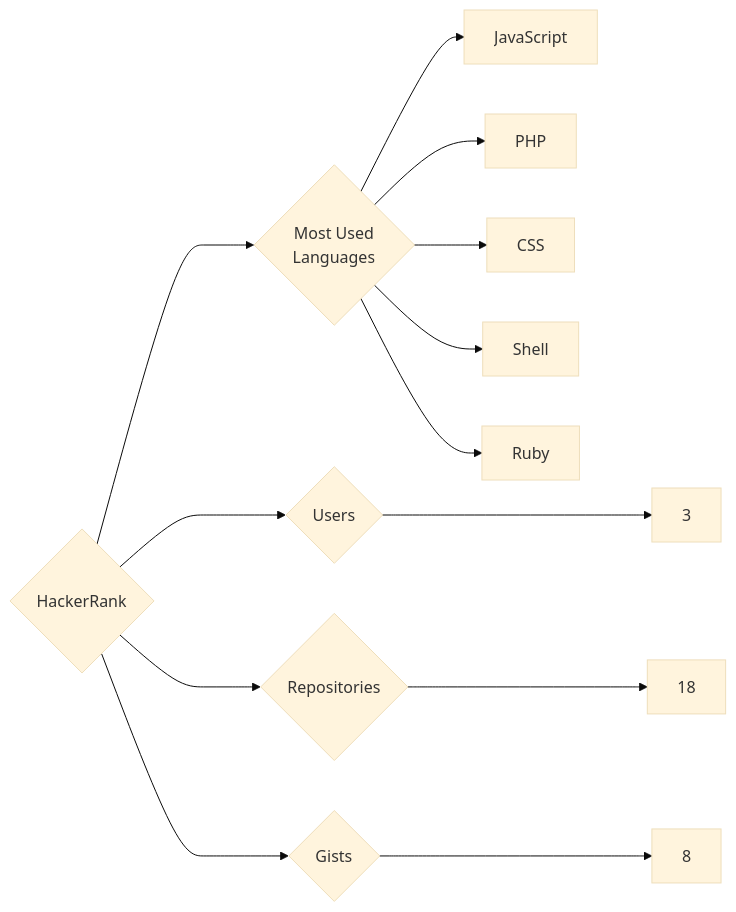
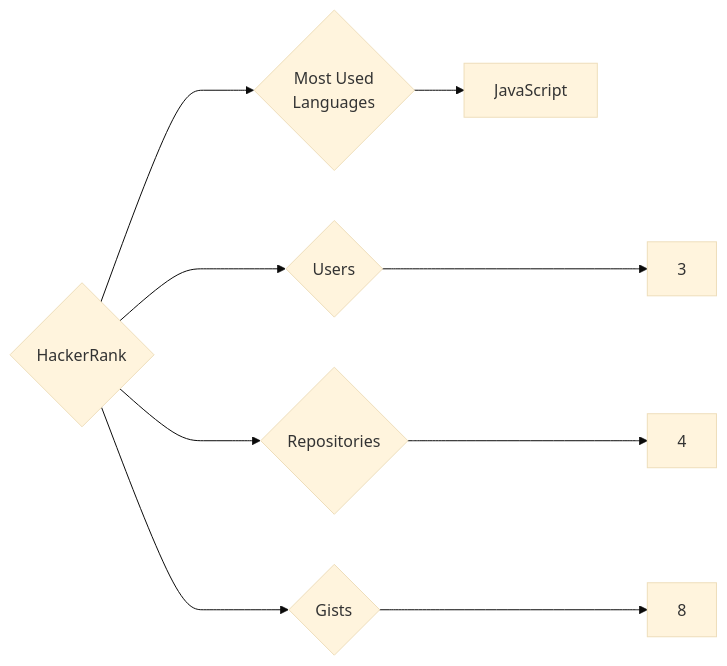
The diagram in targets/HackerRank/README.md (trickest/insiders), drawn with Mermaid (base theme) before and after one commit. The commit also changed 657 other files, not shown here.

````diff
--- a/targets/HackerRank/README.md
+++ b/targets/HackerRank/README.md
@@ -3,13 +3,9 @@
 ```mermaid
 graph LR
 COMPANY_NAME{HackerRank}
 COMPANY_NAME ---> U{Users} ---> UN[3]
-COMPANY_NAME ---> R{Repositories} ---> RN[18]
+COMPANY_NAME ---> R{Repositories} ---> RN[4]
 COMPANY_NAME ---> G{Gists} ---> GN[8]
 COMPANY_NAME ---> ML{Most Used<br>Languages}
 ML --> JavaScript[JavaScript]
-ML --> PHP[PHP]
-ML --> CSS[CSS]
-ML --> Shell[Shell]
-ML --> Ruby[Ruby]
 ```
````
